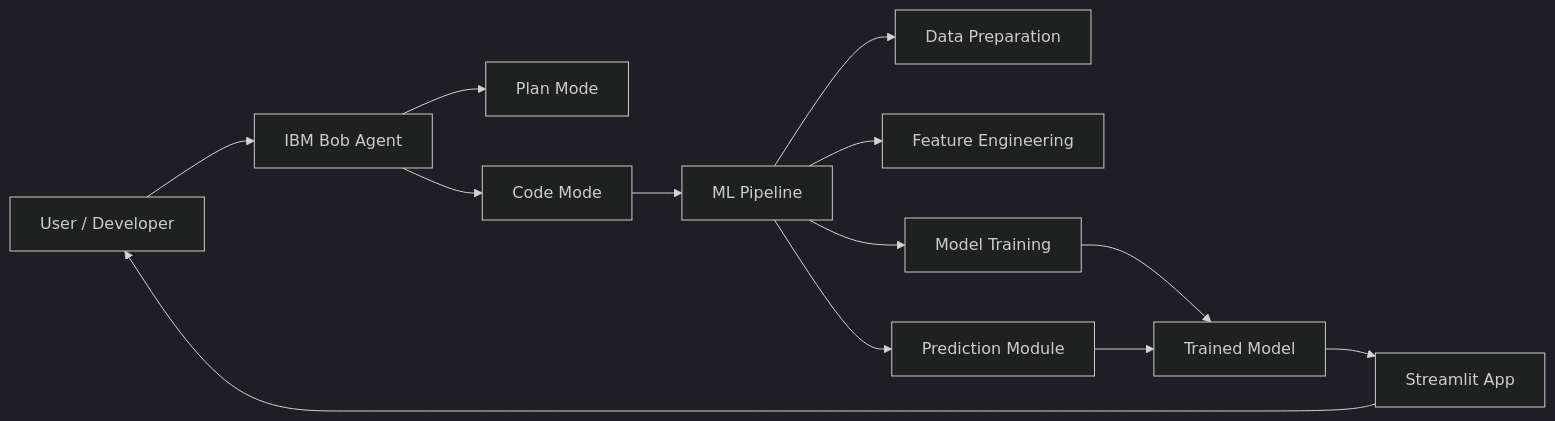
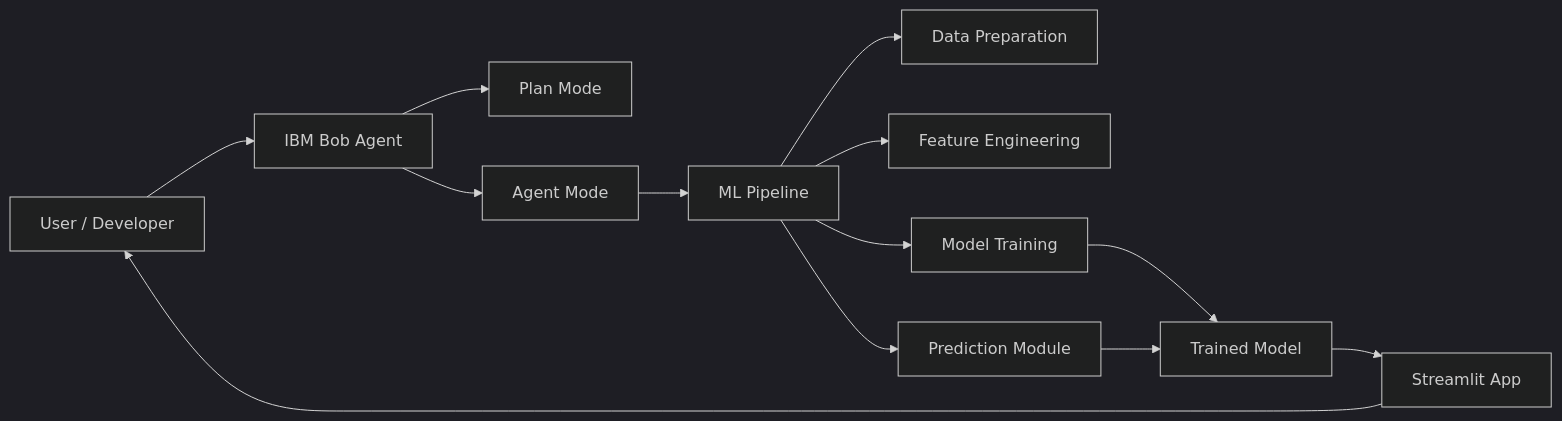
Before and after one commit to academic-initiative/skillsbuild: the first of 3 diagrams in ai-in-sports/tennis/ai-in-sports-tennis.md, drawn with Mermaid (dark theme). The commit also changed 30 other files, not shown here.

````diff
--- a/ai-in-sports/tennis/ai-in-sports-tennis.md
+++ b/ai-in-sports/tennis/ai-in-sports-tennis.md
@@ -29,15 +29,15 @@
 ```mermaid
 flowchart LR
     A[User / Developer] --> B[IBM Bob Agent]
     B --> C[Plan Mode]
-    B --> D[Code Mode]
+    B --> D[Agent Mode]
     D --> E[ML Pipeline]
     E --> F[Data Preparation]
     E --> G[Feature Engineering]
     E --> H[Model Training]
     E --> I[Prediction Module]
     H --> J[Trained Model]
     I --> J
     J --> K[Streamlit App]
     K --> A
 ```
````
